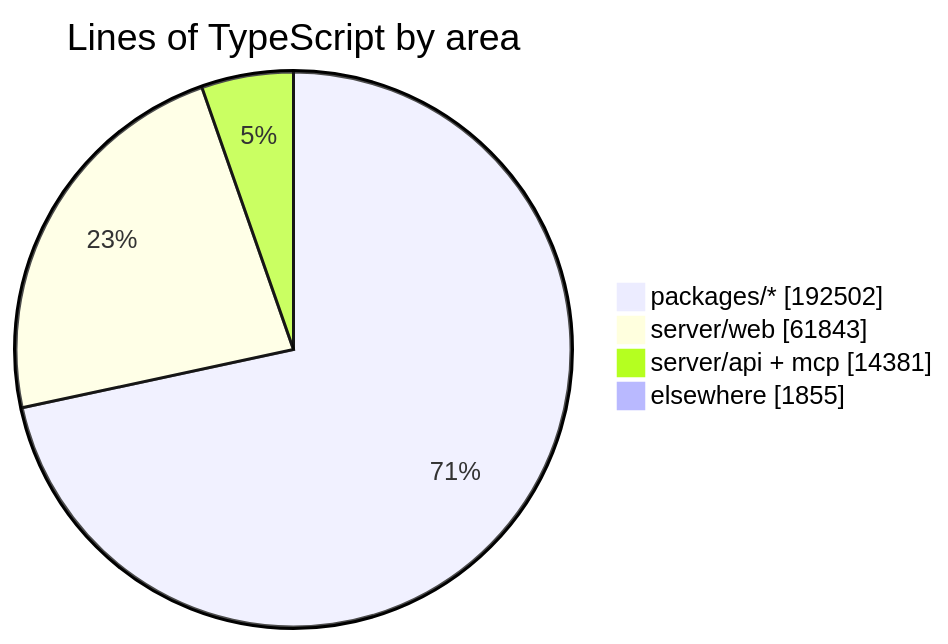
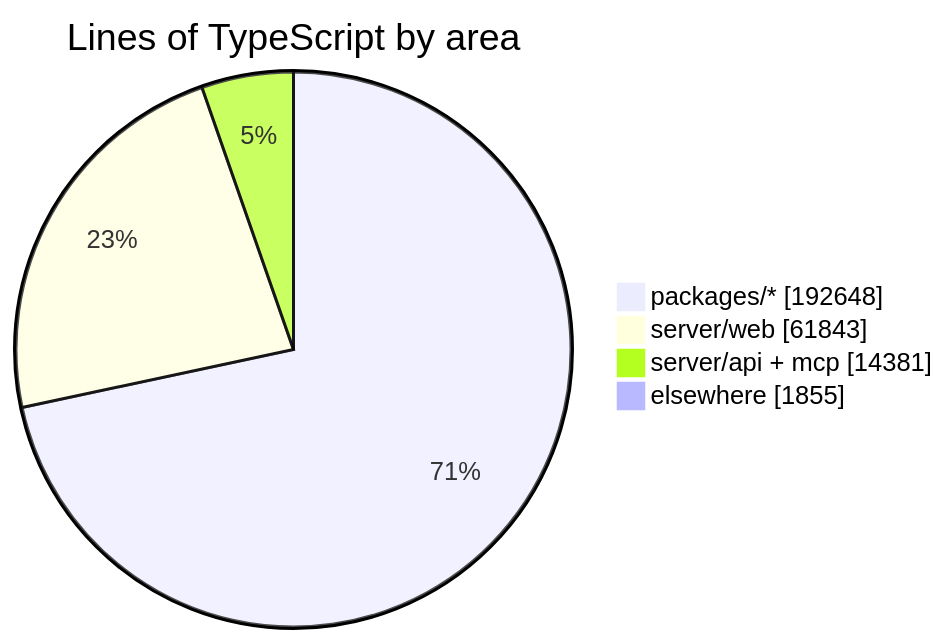
Before and after one commit to crossworks-engineering/mantle: the diagram in README.md, drawn with Mermaid. The commit also changed other lines of this file and 2 other files, not shown here.

````diff
--- a/README.md
+++ b/README.md
@@ -279,7 +279,7 @@
 ```mermaid
 pie showData title Lines of TypeScript by area
-    "packages/*" : 192502
+    "packages/*" : 192648
     "server/web" : 61843
     "server/api + mcp" : 14381
     "elsewhere" : 1855
 ```
````
